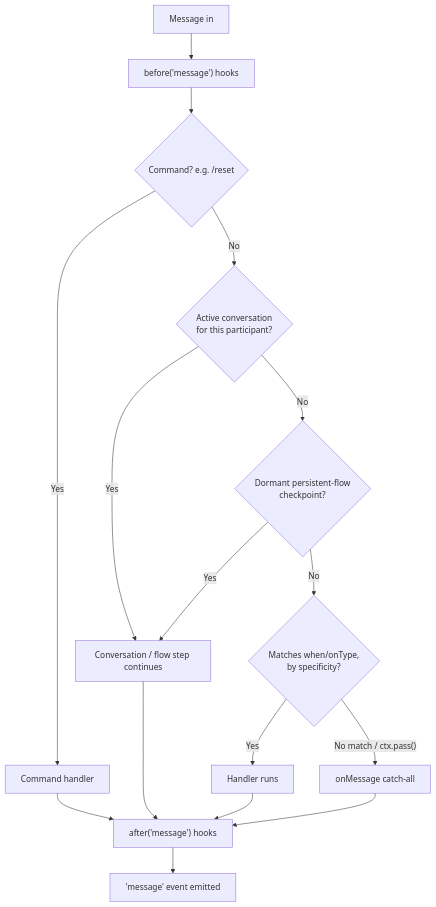
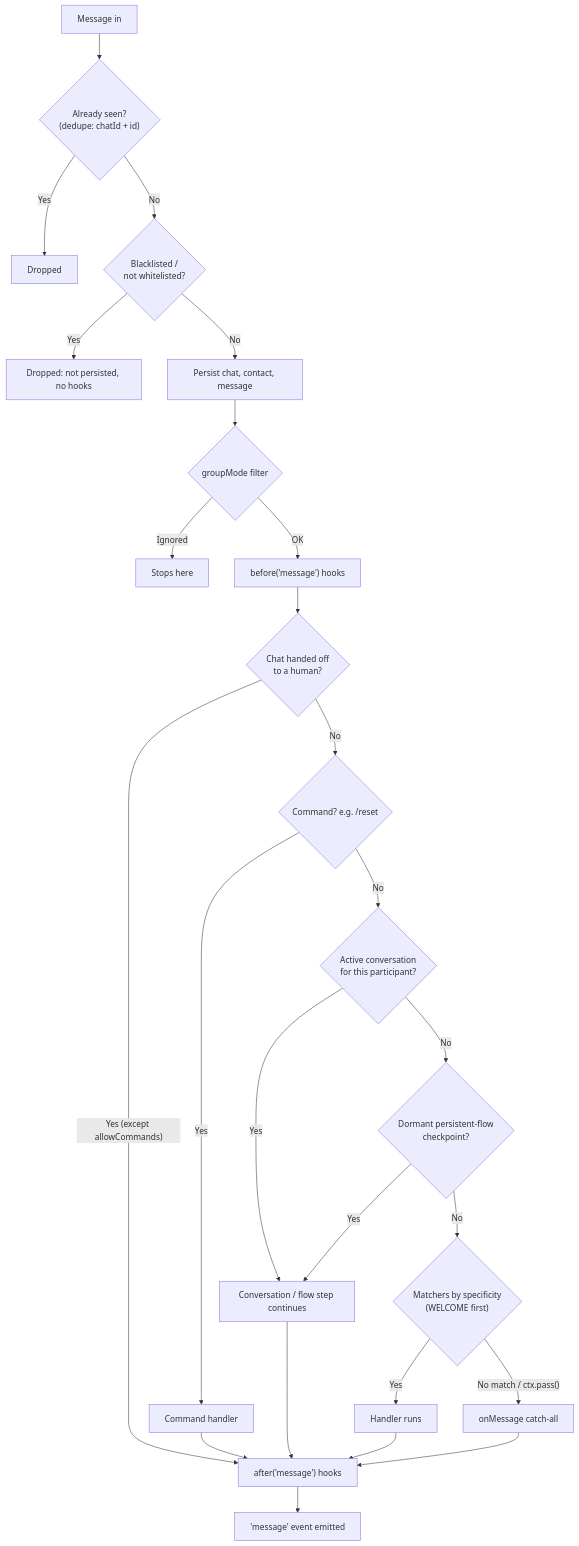
Before and after one commit to andresayac/bot-wa-baileys: the diagram in docs/guide/concepts.md, drawn with Mermaid. The commit also changed other lines of this file and 28 other files, not shown here.

````diff
--- a/docs/guide/concepts.md
+++ b/docs/guide/concepts.md
@@ -11,18 +14,27 @@
 ```mermaid
 flowchart TD
-    A[Message in] --> B["before('message') hooks"]
-    B --> C{"Command? e.g. /reset"}
+    A[Message in] --> DD{"Already seen?<br/>(dedupe: chatId + id)"}
+    DD -->|Yes| X0[Dropped]
+    DD -->|No| ACL{"Blacklisted /<br/>not whitelisted?"}
+    ACL -->|Yes| X1[Dropped: not persisted, no hooks]
+    ACL -->|No| P[Persist chat, contact, message]
+    P --> GM{"groupMode filter"}
+    GM -->|Ignored| X2[Stops here]
+    GM -->|OK| B["before('message') hooks"]
+    B --> HO{"Chat handed off<br/>to a human?"}
+    HO -->|"Yes (except allowCommands)"| J
+    HO -->|No| C{"Command? e.g. /reset"}
     C -->|Yes| D[Command handler]
     C -->|No| E{Active conversation<br/>for this participant?}
     E -->|Yes| F[Conversation / flow step continues]
     E -->|No| R{Dormant persistent-flow<br/>checkpoint?}
     R -->|Yes| F
-    R -->|No| G{Matches when/onType,<br/>by specificity?}
+    R -->|No| G{"Matchers by specificity<br/>(WELCOME first)"}
     G -->|Yes| H[Handler runs]
     G -->|"No match / ctx.pass()"| I[onMessage catch-all]
     D --> J["after('message') hooks"]
     F --> J
     H --> J
     I --> J
     J --> K["'message' event emitted"]
 ```
````
